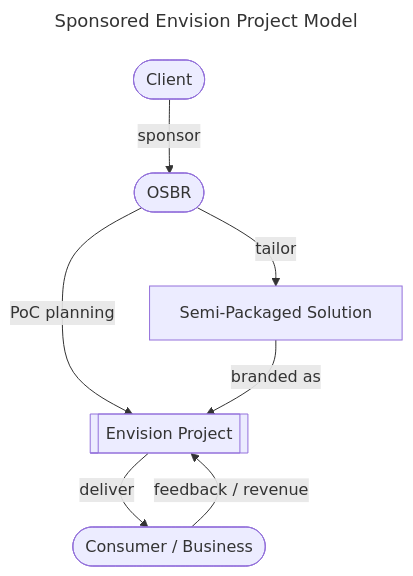
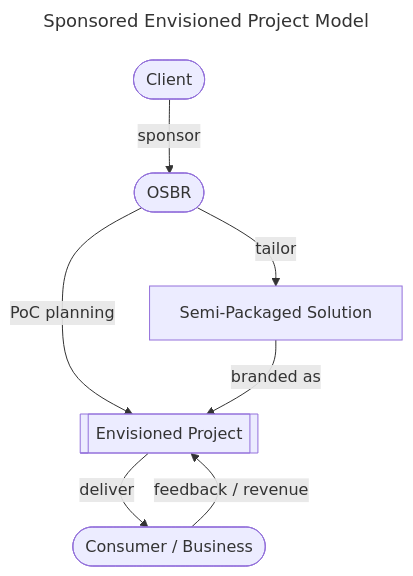
The third of 5 diagrams in doc/strategy.md (osbrjp/handbook), drawn with Mermaid before and after one commit. The commit also changed other lines of this file and 1 other file, not shown here.

````diff
--- a/doc/strategy.md
+++ b/doc/strategy.md
@@ -79,12 +80,12 @@
 ```mermaid
 ---
-title: Sponsored Envision Project Model
+title: Sponsored Envisioned Project Model
 ---
 graph TB;
     C([Client]) -- "sponsor"  --> OSBR
-    OSBR([OSBR]) -- "PoC planning" --> ES[[Envision Project]];
+    OSBR([OSBR]) -- "PoC planning" --> ES[[Envisioned Project]];
     OSBR -- "tailor" --> SPS[Semi-Packaged Solution];
     SPS -- "branded as" --> ES;
     CB -- "feedback / revenue" --> ES;
     ES -- "deliver" --> CB([Consumer / Business]);
 ```
````
